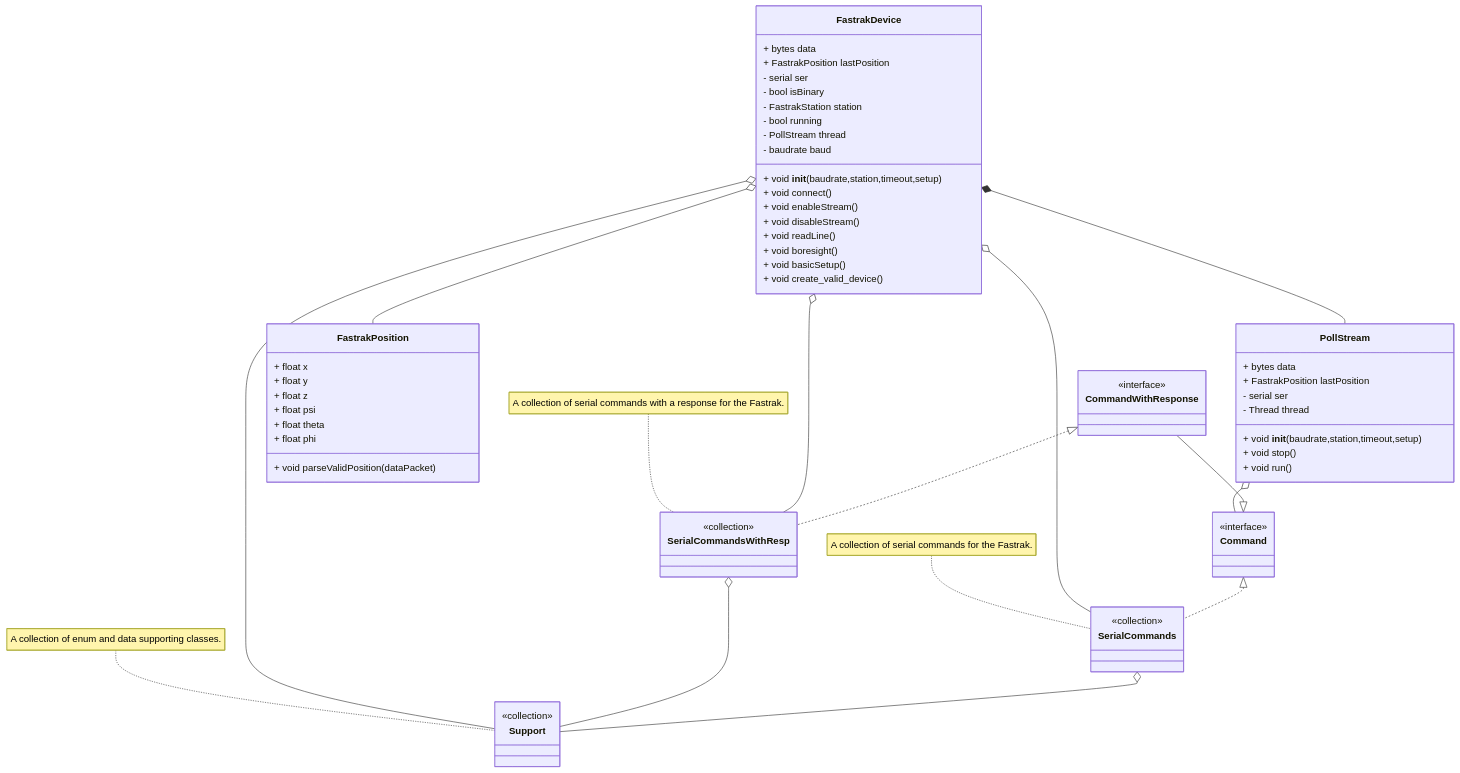
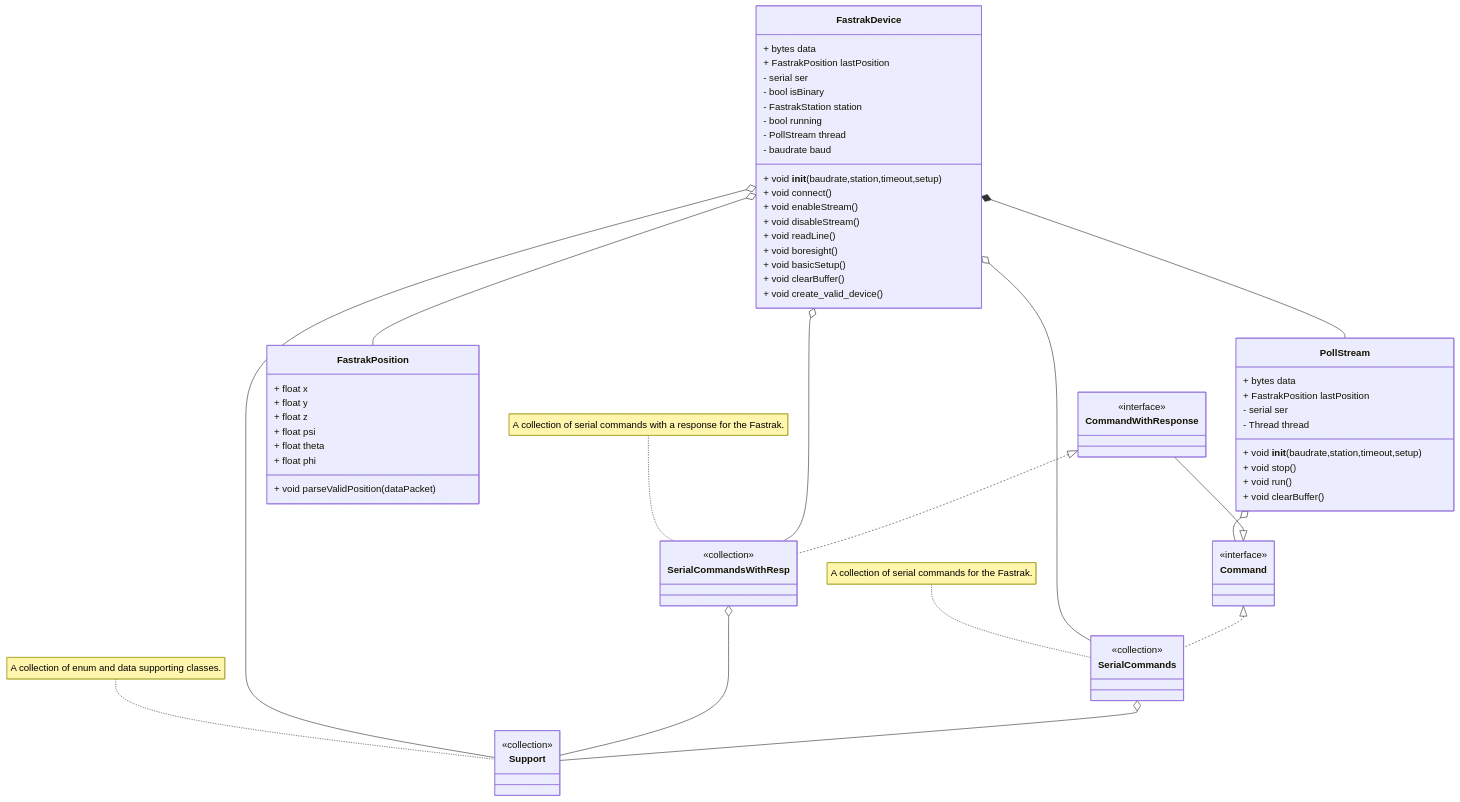
Before and after one commit to Nontrivial-Solutions/fastrak-serial-driver: the third of 3 diagrams in docs/README.md, drawn with Mermaid. The commit also changed other lines of this file and 4 other files, not shown here.

````diff
--- a/docs/README.md
+++ b/docs/README.md
@@ -257,68 +259,70 @@
 ```mermaid
 classDiagram
 
     FastrakDevice o-- SerialCommandsWithResp
     FastrakDevice o-- SerialCommands
     FastrakDevice o-- Support 
     FastrakDevice *-- PollStream 
     FastrakDevice o-- FastrakPosition 
     PollStream o-- Command
 
     SerialCommandsWithResp o-- Support 
     SerialCommands o-- Support 
 
     CommandWithResponse --|> Command
     CommandWithResponse <|.. SerialCommandsWithResp
     Command <|.. SerialCommands
 
     class FastrakPosition{
         + void parseValidPosition(dataPacket)
         + float  x
         + float  y
         + float  z
         + float  psi
         + float  theta
         + float  phi
     }
 
     class PollStream{
         + void __init__(baudrate,station,timeout,setup)
         + void stop()
         + void run()
+        + void clearBuffer()
         + bytes data 
         + FastrakPosition lastPosition 
         - serial ser
         - Thread thread
     }
 
     class FastrakDevice{
         + void __init__(baudrate,station,timeout,setup)
         + void connect()
         + void enableStream()
         + void disableStream()
         + void readLine()
         + void boresight()
         + void basicSetup()
+        + void clearBuffer()
         + void create_valid_device()
         + bytes data 
         + FastrakPosition lastPosition 
         - serial ser
         - bool isBinary
         - FastrakStation station
         - bool running
         - PollStream thread
         - baudrate baud
     }
 
     class Command{<<interface>>}
     class CommandWithResponse{<<interface>>}
     class Support{<<collection>>}
     class SerialCommands{<<collection>>}
     class SerialCommandsWithResp{<<collection>>}
 
     note for Support "A collection of enum and data supporting classes."
     note for SerialCommands "A collection of serial commands for the Fastrak."
     note for SerialCommandsWithResp "A collection of serial commands with a response for the Fastrak."
 
 
 ```
````
